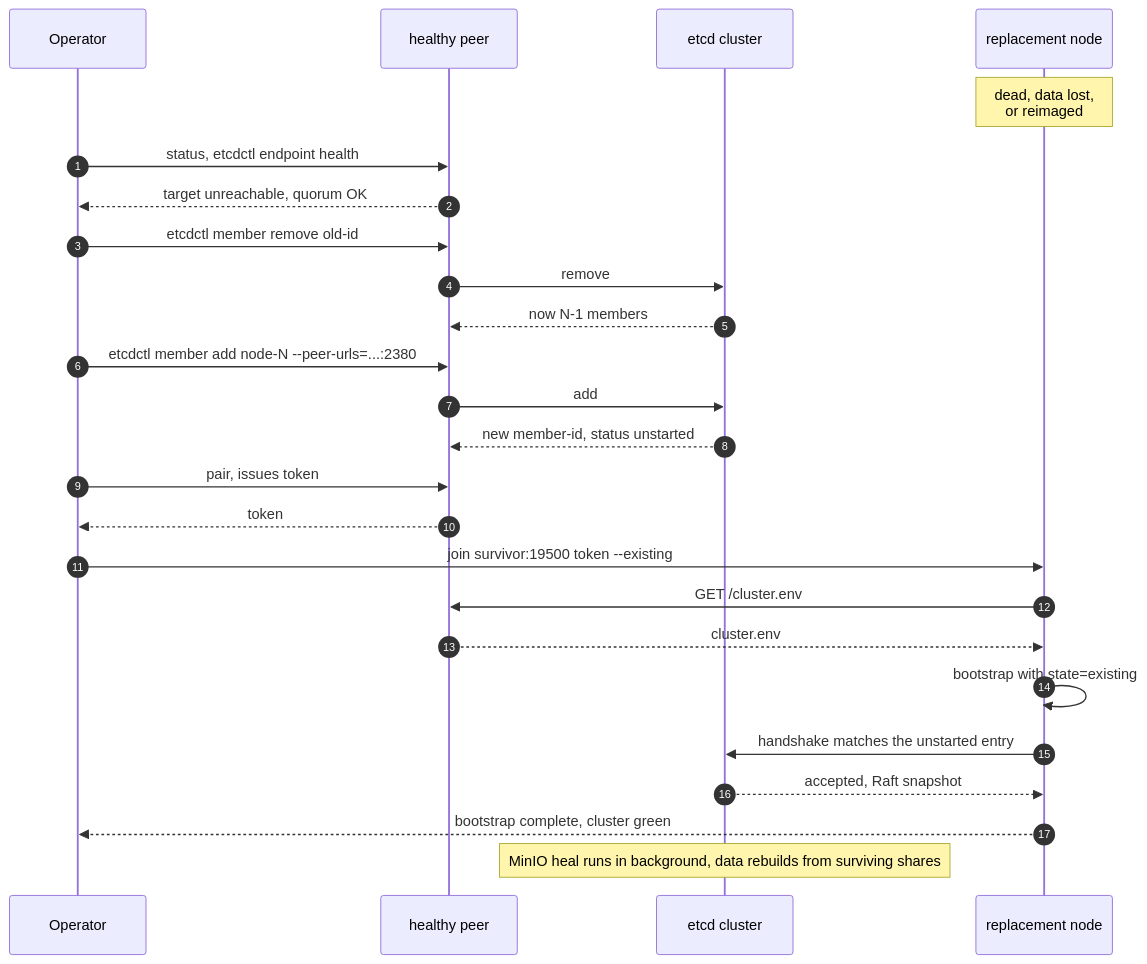
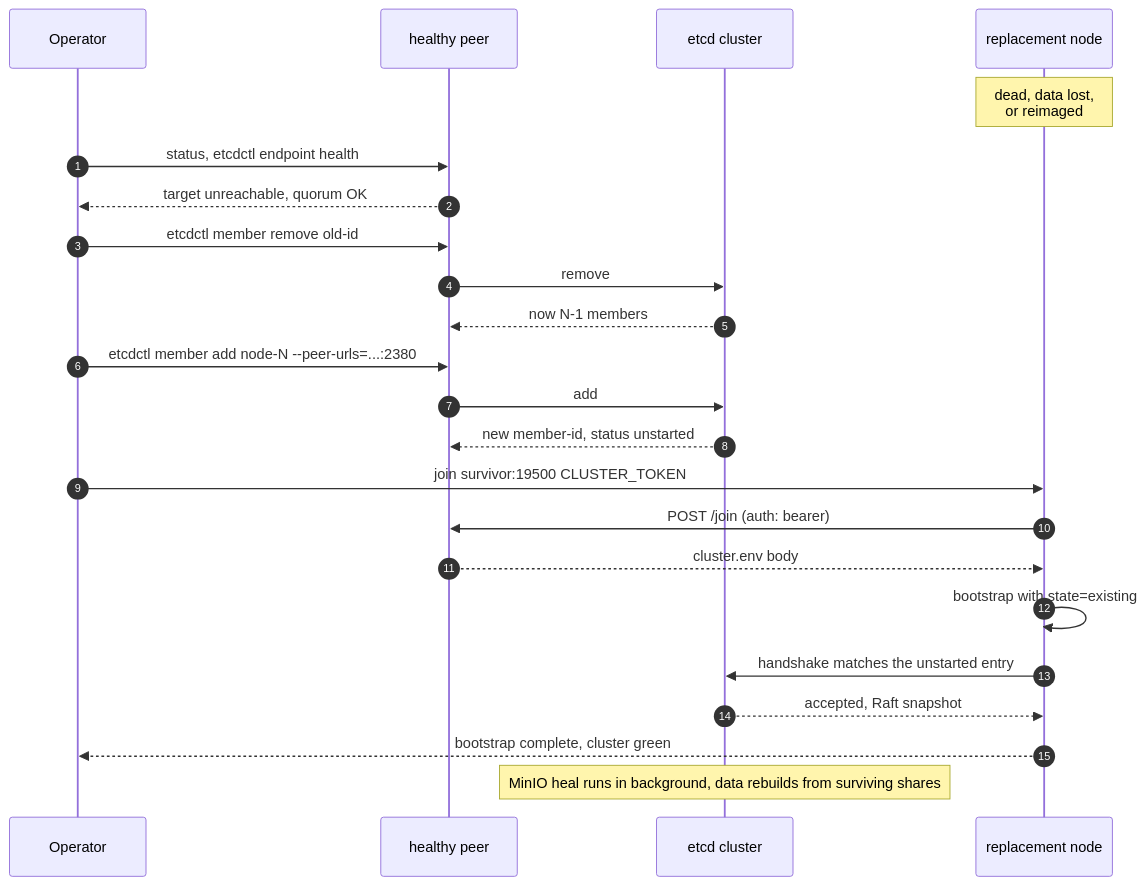
One commit to codeadeel/milvus-onprem changed the first of 2 diagrams in docs/TROUBLESHOOTING.md. Above: the diagram before and after it, drawn with Mermaid. The commit also changed other lines of this file and 27 other files, not shown here.

````diff
--- a/docs/TROUBLESHOOTING.md
+++ b/docs/TROUBLESHOOTING.md
@@ -524,32 +473,29 @@
 ```mermaid
 sequenceDiagram
   autonumber
   participant Op as Operator
   participant Survivor as healthy peer
   participant Etcd as etcd cluster
   participant Repl as replacement node
 
   Note over Repl: dead, data lost,<br/>or reimaged
 
   Op->>Survivor: status, etcdctl endpoint health
   Survivor-->>Op: target unreachable, quorum OK
 
   Op->>Survivor: etcdctl member remove old-id
   Survivor->>Etcd: remove
   Etcd-->>Survivor: now N-1 members
   Op->>Survivor: etcdctl member add node-N --peer-urls=...:2380
   Survivor->>Etcd: add
   Etcd-->>Survivor: new member-id, status unstarted
 
-  Op->>Survivor: pair, issues token
-  Survivor-->>Op: token
-
-  Op->>Repl: join survivor:19500 token --existing
-  Repl->>Survivor: GET /cluster.env
-  Survivor-->>Repl: cluster.env
+  Op->>Repl: join survivor:19500 CLUSTER_TOKEN
+  Repl->>Survivor: POST /join (auth: bearer)
+  Survivor-->>Repl: cluster.env body
   Repl->>Repl: bootstrap with state=existing
   Repl->>Etcd: handshake matches the unstarted entry
   Etcd-->>Repl: accepted, Raft snapshot
   Repl-->>Op: bootstrap complete, cluster green
   Note over Etcd: MinIO heal runs in background, data rebuilds from surviving shares
 ```
````
